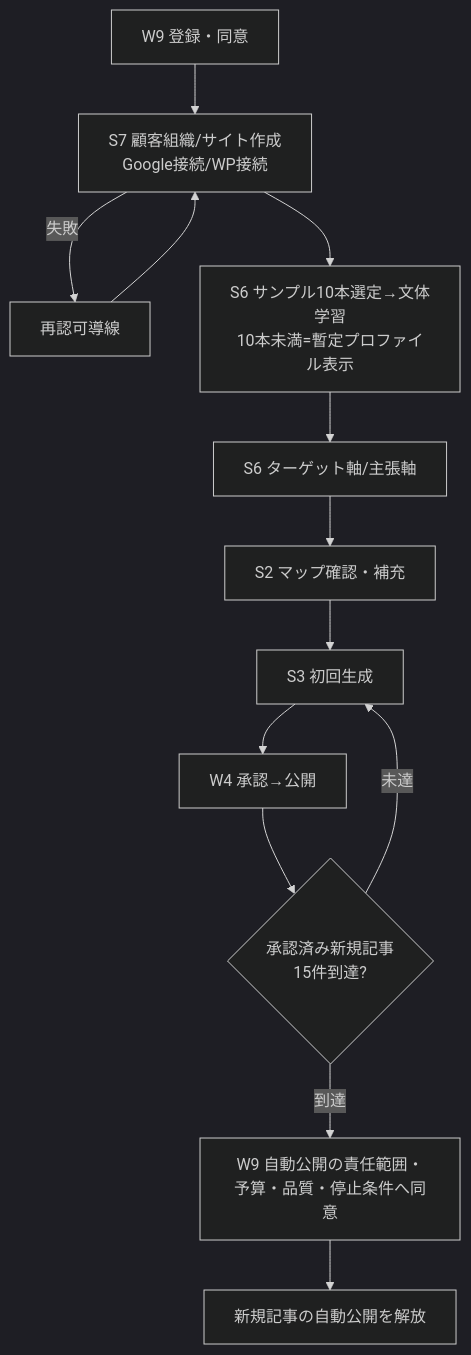
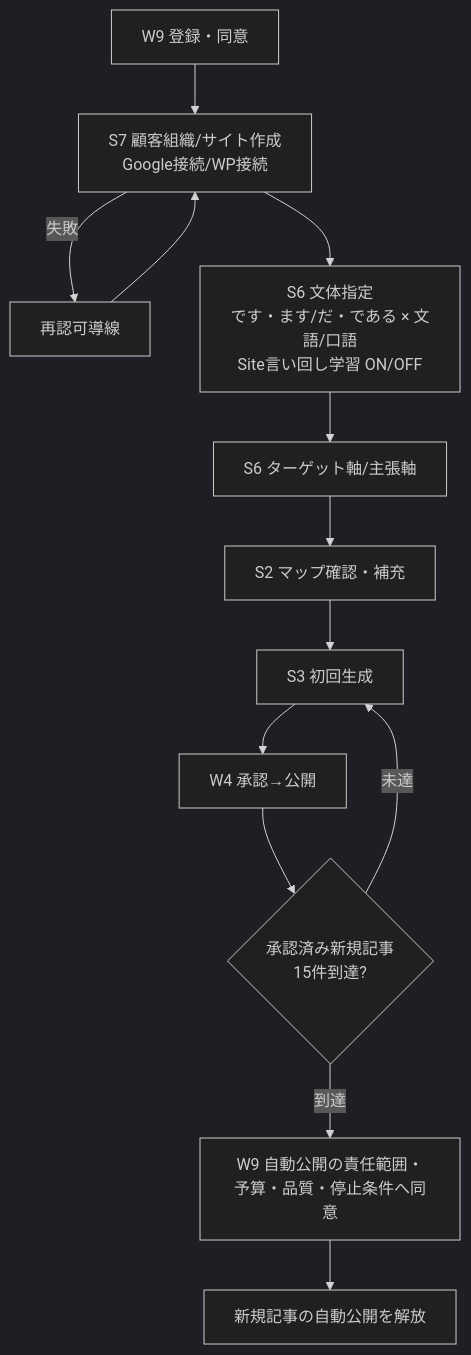
The fifth of 7 diagrams in docs/design/ai-office-de-seo/L3-ui-prototype/ai-office-de-seo-screen-flow_v3.7.md (unison-ai-product/AI-Office-de-SEO), drawn with Mermaid (dark theme) before and after one commit. The commit also changed 13 other files, not shown here.

````diff
--- a/docs/design/ai-office-de-seo/L3-ui-prototype/ai-office-de-seo-screen-flow_v3.7.md
+++ b/docs/design/ai-office-de-seo/L3-ui-prototype/ai-office-de-seo-screen-flow_v3.7.md
@@ -91,12 +91,12 @@
 ```mermaid
 flowchart TD
   A[W9 登録・同意] --> B[S7 顧客組織/サイト作成<br/>Google接続/WP接続]
   B -->|失敗| B2[再認可導線] --> B
-  B --> C[S6 サンプル10本選定→文体学習<br/>10本未満=暫定プロファイル表示]
+  B --> C[S6 文体指定<br/>です・ます/だ・である × 文語/口語<br/>Site言い回し学習 ON/OFF]
   C --> D[S6 ターゲット軸/主張軸]
   D --> E[S2 マップ確認・補充] --> F[S3 初回生成] --> G[W4 承認→公開]
   G --> H{承認済み新規記事<br/>15件到達?}
   H -->|未達| F
   H -->|到達| I[W9 自動公開の責任範囲・予算・品質・停止条件へ同意]
   I --> J[新規記事の自動公開を解放]
 ```
````
